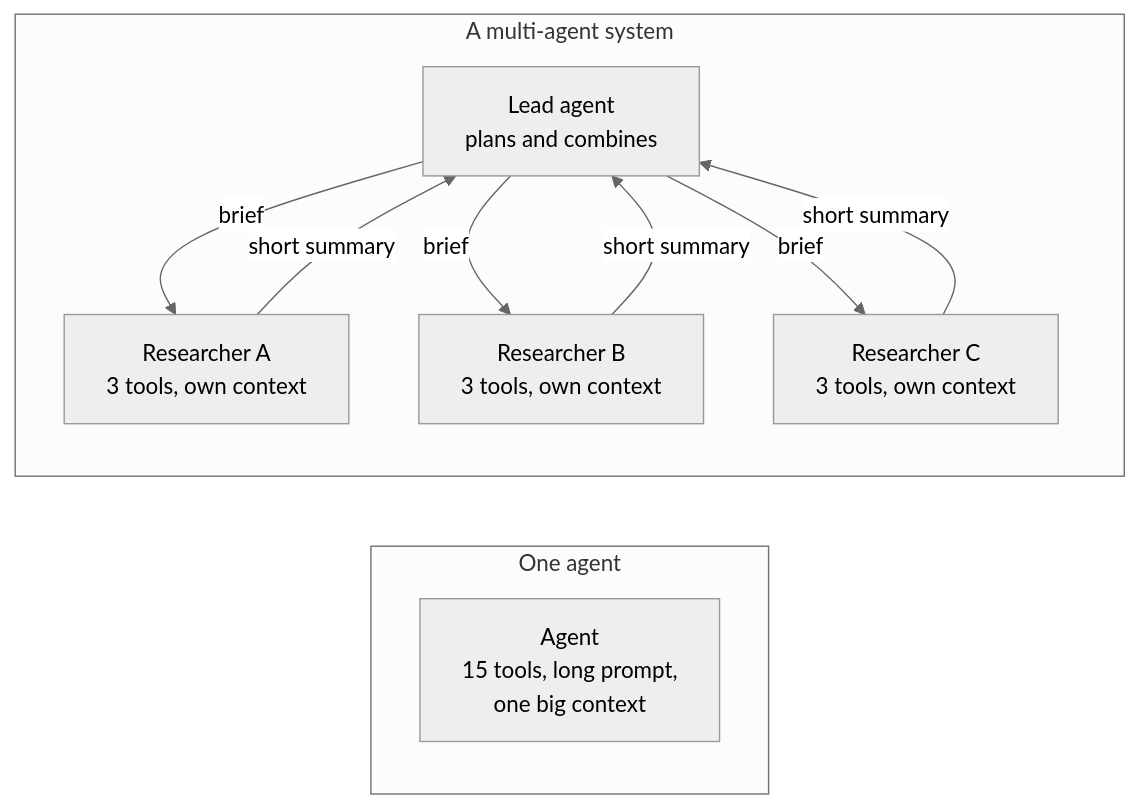
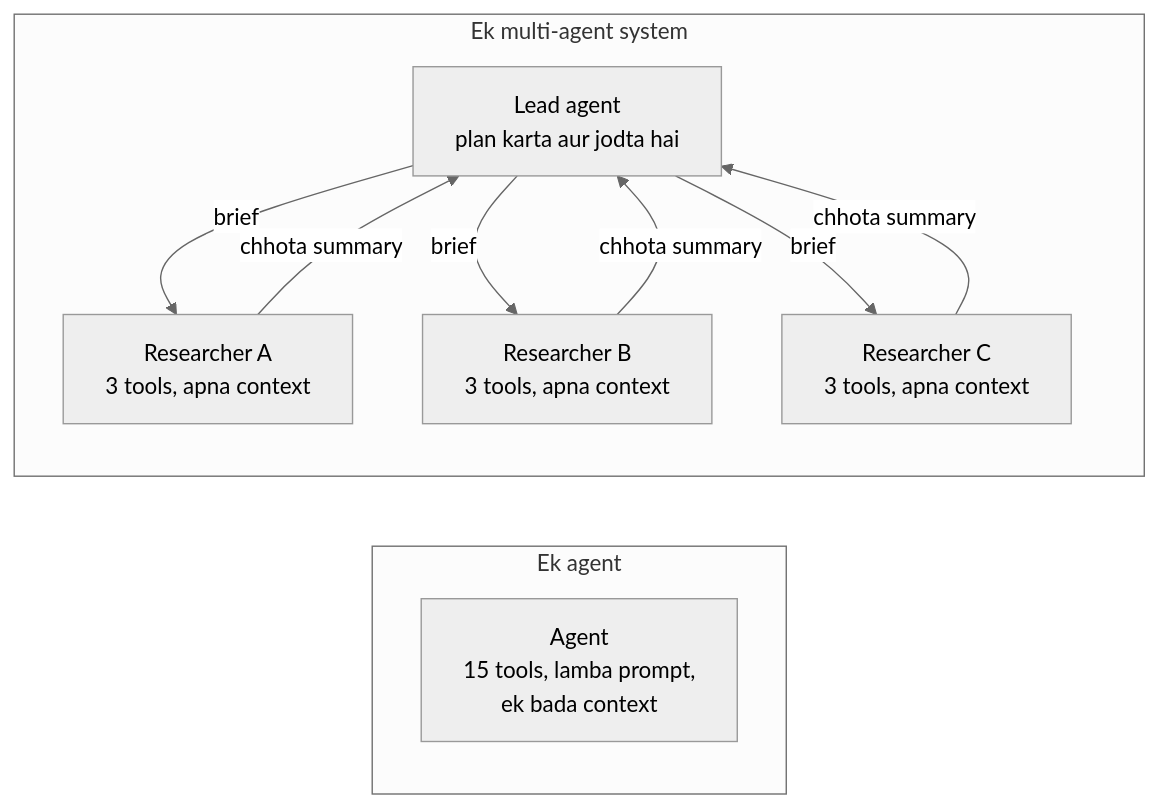
One commit to asmustechno/agentic-ai-notes changed the diagram in docs/10-multi-agent-systems/10.1-why-multiple-agents.md. Above: the diagram before and after it, drawn with Mermaid (neutral theme). The commit also changed other lines of this file and 135 other files, not shown here.

````diff
--- a/docs/10-multi-agent-systems/10.1-why-multiple-agents.md
+++ b/docs/10-multi-agent-systems/10.1-why-multiple-agents.md
@@ -45,14 +45,14 @@
 ```mermaid
 flowchart LR
-    subgraph One["One agent"]
-        A1["Agent<br/>15 tools, long prompt,<br/>one big context"]
+    subgraph One["Ek agent"]
+        A1["Agent<br/>15 tools, lamba prompt,<br/>ek bada context"]
     end
-    subgraph Many["A multi-agent system"]
-        L["Lead agent<br/>plans and combines"] -->|brief| W1["Researcher A<br/>3 tools, own context"]
-        L -->|brief| W2["Researcher B<br/>3 tools, own context"]
-        L -->|brief| W3["Researcher C<br/>3 tools, own context"]
-        W1 -->|short summary| L
-        W2 -->|short summary| L
-        W3 -->|short summary| L
+    subgraph Many["Ek multi-agent system"]
+        L["Lead agent<br/>plan karta aur jodta hai"] -->|brief| W1["Researcher A<br/>3 tools, apna context"]
+        L -->|brief| W2["Researcher B<br/>3 tools, apna context"]
+        L -->|brief| W3["Researcher C<br/>3 tools, apna context"]
+        W1 -->|chhota summary| L
+        W2 -->|chhota summary| L
+        W3 -->|chhota summary| L
     end
 ```
````
